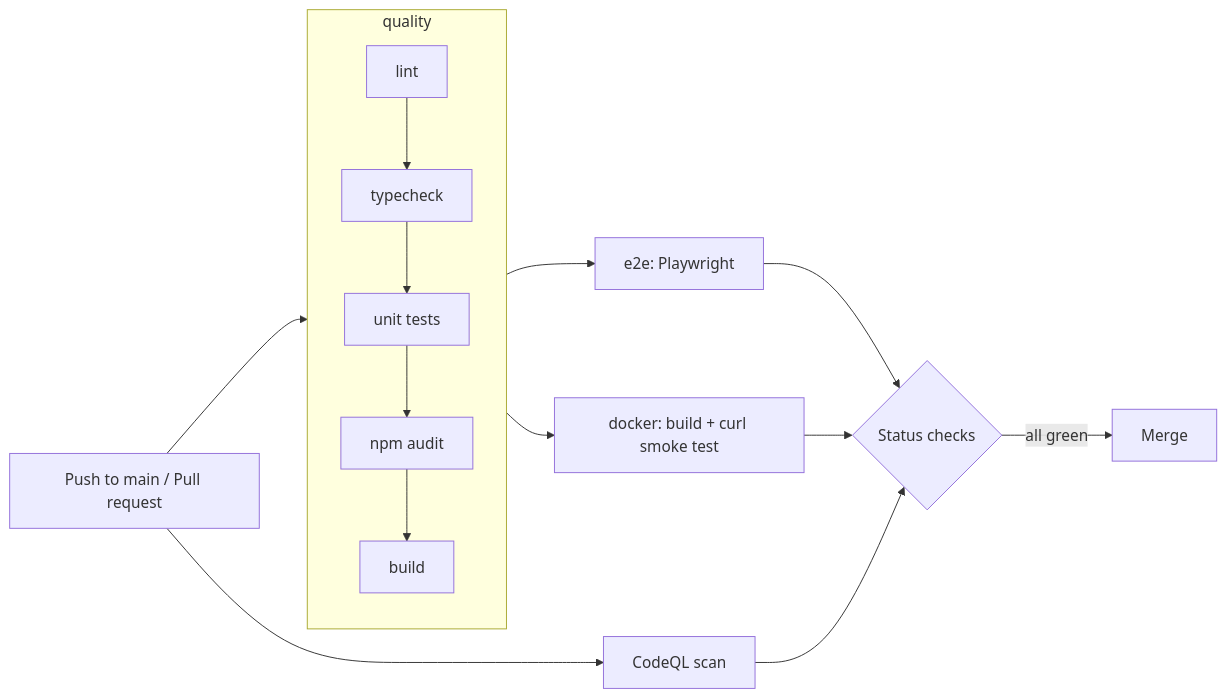
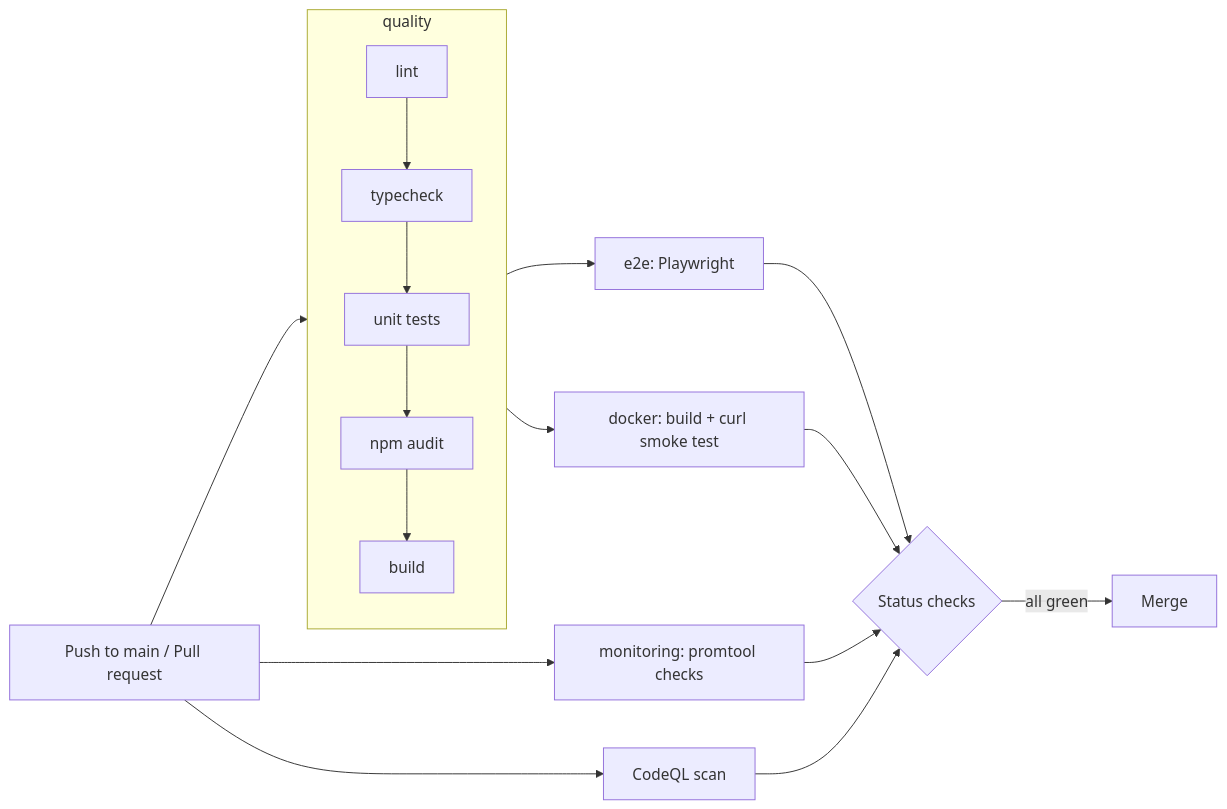
Before and after one commit to MandavaNagasreeKalpana/DevOps: the first of 2 diagrams in README.md, drawn with Mermaid. The commit also changed other lines of this file and 13 other files, not shown here.

````diff
--- a/README.md
+++ b/README.md
@@ -86,17 +86,19 @@
 ```mermaid
 flowchart LR
     A[Push to main / Pull request] --> B
 
     subgraph B[quality]
         direction TB
         B1[lint] --> B2[typecheck] --> B3[unit tests] --> B4[npm audit] --> B5[build]
     end
 
     B --> C[e2e: Playwright]
     B --> D[docker: build + curl smoke test]
     C --> E{Status checks}
     D --> E
     E -->|all green| F[Merge]
+    A --> M[monitoring: promtool checks]
+    M --> E
     A --> G[CodeQL scan]
     G --> E
 ```
````
